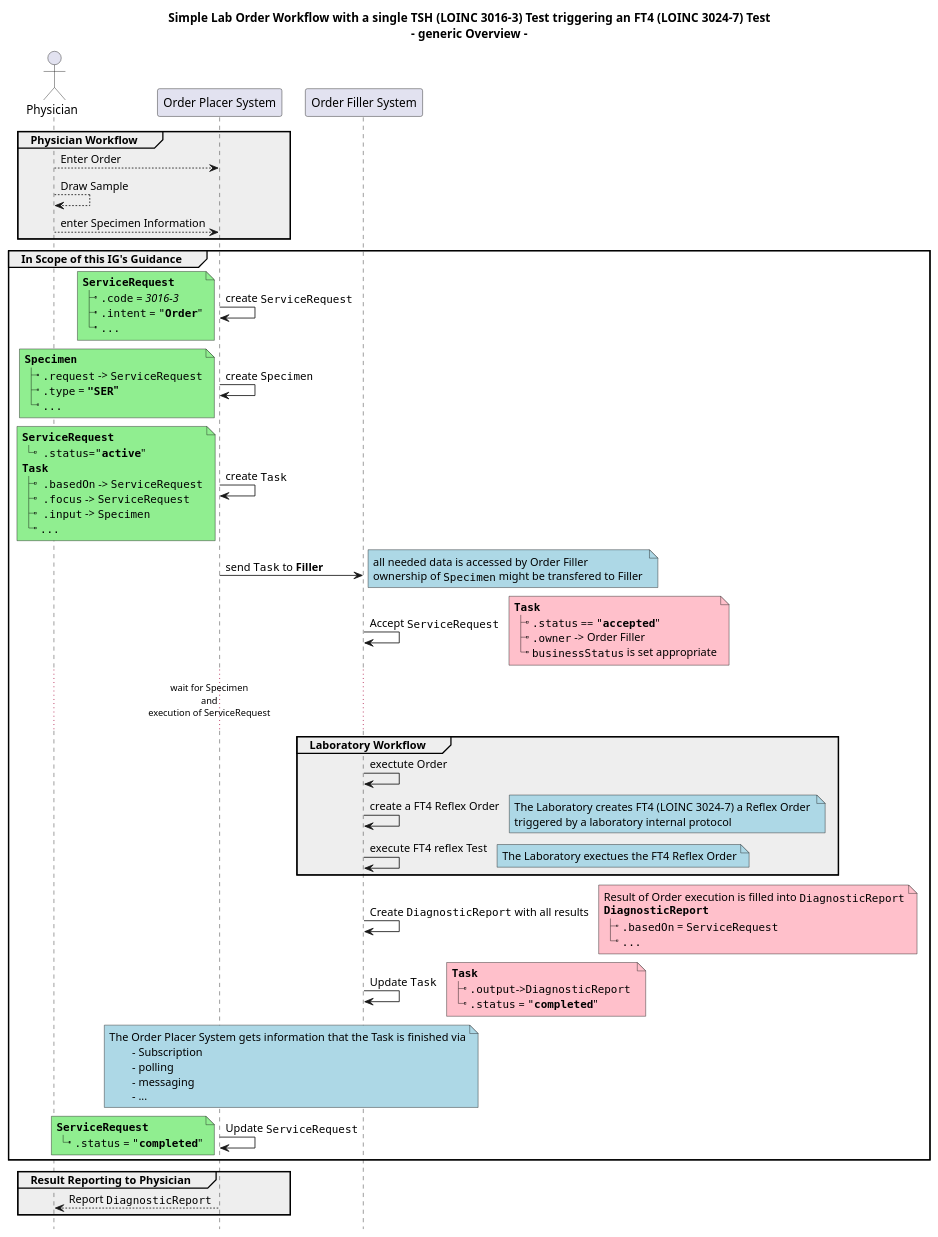
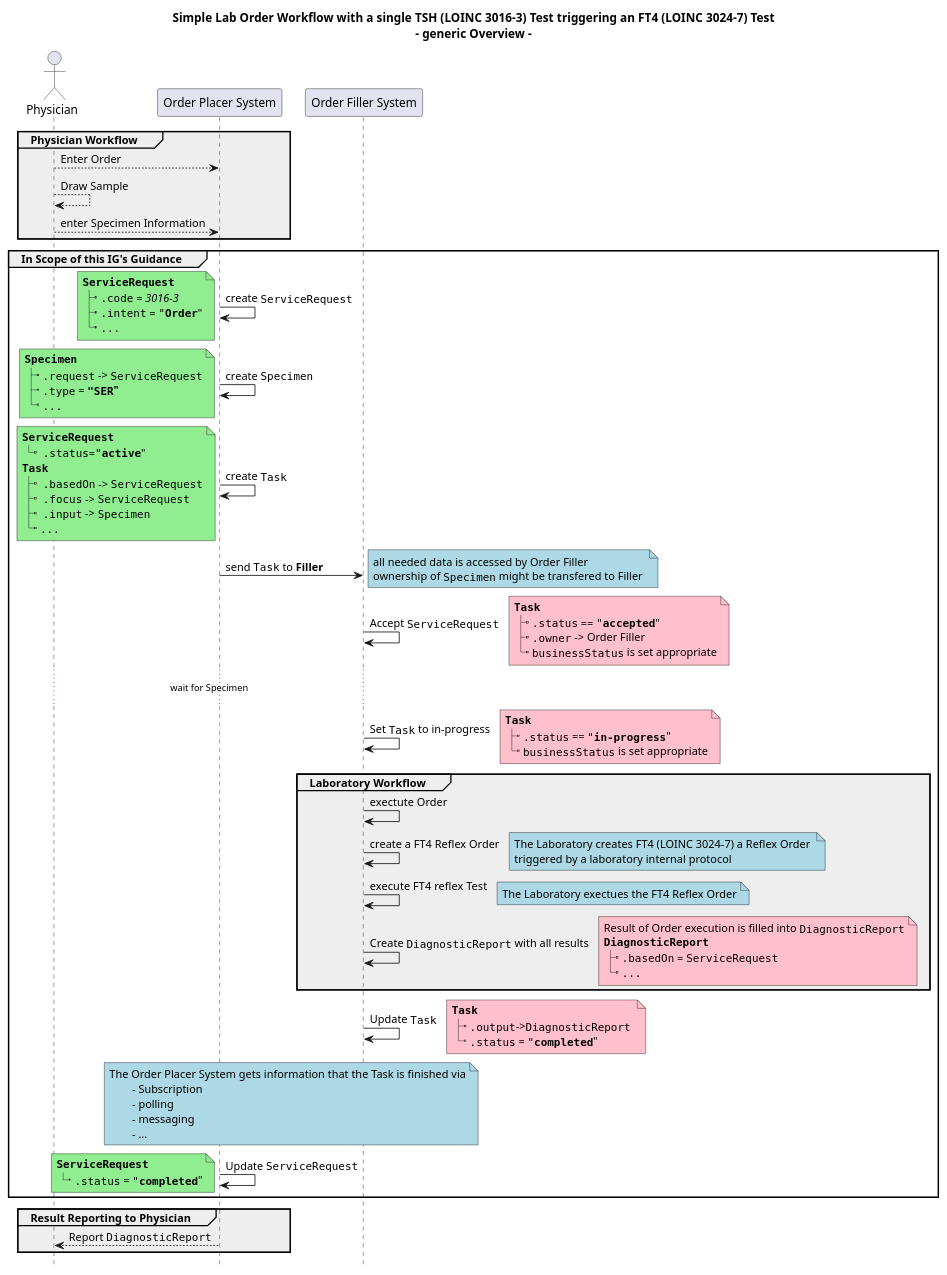
The diagram in input/images-source/ex3-lab-order-flow-reflex-initiated-lab.plantuml (HL7/fhir-cow-ig), drawn with PlantUML before and after one commit.

```diff
--- a/input/images-source/ex3-lab-order-flow-reflex-initiated-lab.plantuml
+++ b/input/images-source/ex3-lab-order-flow-reflex-initiated-lab.plantuml
@@ -1,130 +1,135 @@
 @startuml
 
 'skinparam sequenceMessageAlign center
 title 
 	Simple Lab Order Workflow with a single TSH (LOINC 3016-3) Test triggering an FT4 (LOINC 3024-7) Test
 	- generic Overview -
 end title
 hide footbox
 
 'note across #turquoise
 '	**Assumptions:**
 '	- Physician knows which Specimen to draw (i.e. via an Order Catalog)
 '	- Specimen is drawn at the Physician office
 '	- It is clear which Order Filler will execute the Order
 '	- ""ServiceRequest"" is owned by the Order Placer; changes are allowed only to be done by Placer
 '	- ""Task"" is a shared resource of Placer and Filler and updated by both
 '	- Order Result is reported via ""DiagnosticReport""
 '	- ""DiagnosticReport"" is owned by the Order Filler
 '	- Order is accepted and is fulfilled 
 '	- Lab internal flow is **out of scope**
 '	- All needed data is accessible
 '	**Not defined**
 '	- Ownership of Specimen Resource (Ownership should/could/might change with the physical location)
 'end note
 
 actor Physician as Doc
 participant "Order Placer System" as Placer
 participant "Order Filler System" as Filler
 
 group #eee Physician Workflow 
 	Doc --> Placer: Enter Order
 	Doc --> Doc: Draw Sample
 	Doc --> Placer: enter Specimen Information
 end
 
 
 group In Scope of this IG's Guidance
 	
 	Placer -> Placer: create ""ServiceRequest"" 
 	note left #lightgreen
 		**""ServiceRequest""**
 		|_ "".code"" = //3016-3//
 		|_ "".intent"" = """**Order**"""
 		|_ ""...""
 	end note
 	
 	Placer -> Placer: create ""Specimen"" 
 	note left #lightgreen
 		**""Specimen""**
 		|_ "".request"" -> ""ServiceRequest""
 		|_ "".type"" = **"""SER"""**
 		|_ ""...""
 	end note
 	
 	Placer -> Placer: create ""Task"" 
 	note left #lightgreen
 		**""ServiceRequest""**
 		|_  "".status""="""**active**"""
 		**""Task""**
 		|_  "".basedOn"" -> ""ServiceRequest""
 		|_  "".focus"" -> ""ServiceRequest""
 		|_  "".input"" -> ""Specimen""
 		|_ ""...""
 	end note 
 	
 	Placer -> Filler: send ""Task"" to **Filler** 
 	note right #lightblue
 		all needed data is accessed by Order Filler
 		ownership of ""Specimen"" might be transfered to Filler 
 	end note
 	
 	Filler -> Filler: Accept ""ServiceRequest"" 
 	note right #pink
 		**""Task""**
 		|_ "".status"" == """**accepted**"""
 		|_ "".owner"" -> Order Filler
 		|_ ""businessStatus"" is set appropriate
 	end note
 	
-	... wait for Specimen \nand\nexecution of ServiceRequest... 
-	
+	... wait for Specimen ... 
+	Filler -> Filler: Set ""Task"" to in-progress
+	note right #pink
+		**""Task""**
+		|_ "".status"" == """**in-progress**"""
+		|_ ""businessStatus"" is set appropriate
+	end note
 	group #eee Laboratory Workflow
 	
 		Filler -> Filler: exectute Order
 		Filler -> Filler: create a FT4 Reflex Order 
 		note right #lightblue
 			The Laboratory creates FT4 (LOINC 3024-7) a Reflex Order 
 			triggered by a laboratory internal protocol
 		end note
 
 		Filler -> Filler: execute FT4 reflex Test
 		note right #lightblue
 			The Laboratory exectues the FT4 Reflex Order
 		end note
+		
+		Filler -> Filler: Create ""DiagnosticReport"" with all results
+		note right #pink
+			Result of Order execution is filled into ""DiagnosticReport""
+			**""DiagnosticReport""**
+			|_ "".basedOn"" = ""ServiceRequest""
+			|_ ""...""
+		end note
 	end
-	
-	Filler -> Filler: Create ""DiagnosticReport"" with all results
-	note right #pink
-		Result of Order execution is filled into ""DiagnosticReport""
-		**""DiagnosticReport""**
-		|_ "".basedOn"" = ""ServiceRequest""
-		|_ ""...""
-	end note
 	
 	Filler -> Filler: Update ""Task""
 	note right #pink
 		**""Task""**
 		|_ "".output""->""DiagnosticReport"" 
 		|_ "".status"" = """**completed**"""
 	end note
 	
 	note over Placer, Filler #lightblue
 		The Order Placer System gets information that the Task is finished via
 			- Subscription
 			- polling
 			- messaging
 			- ...
 	end note
 	
 	Placer -> Placer: Update ""ServiceRequest"" 
 	note left #lightgreen
 		**""ServiceRequest""**
 		|_ "".status"" = """**completed**"""
 	end note
 end
 
 group #eee Result Reporting to Physician
 	Placer --> Doc: Report ""DiagnosticReport""
 end
 @enduml
```
